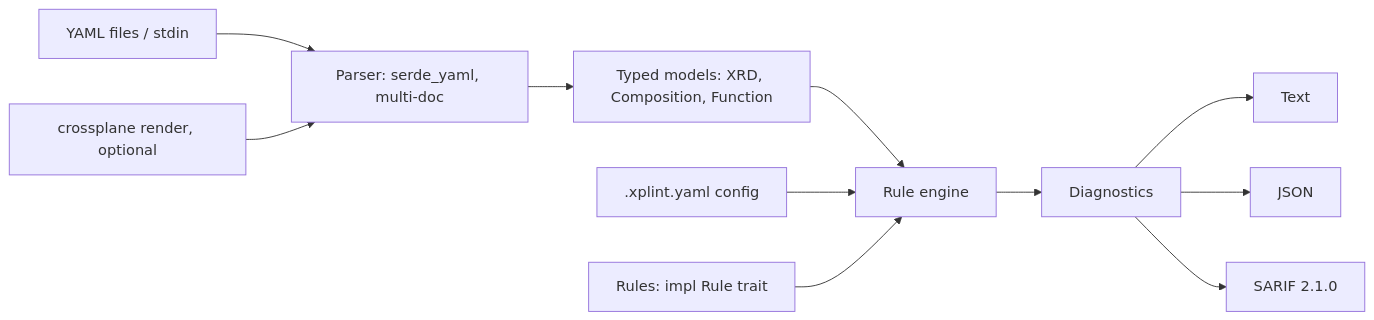
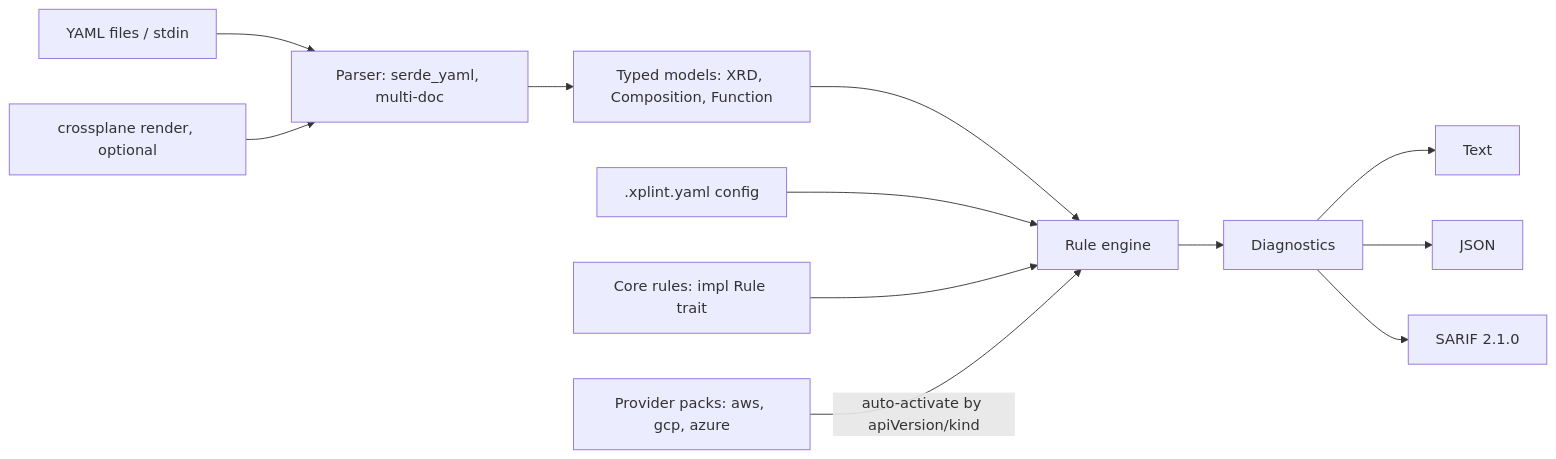
The diagram in docs/PLAN.md (miqui/xplint), drawn with Mermaid before and after one commit. The commit also changed other lines of this file, not shown here.

Commit message:
docs: add rule packs, rename rules, fix xrd rule wording

````diff
--- a/docs/PLAN.md
+++ b/docs/PLAN.md
@@ -7,13 +7,14 @@
 ```mermaid
 flowchart LR
     F[YAML files / stdin] --> P[Parser: serde_yaml, multi-doc]
     P --> M[Typed models: XRD, Composition, Function]
     M --> E[Rule engine]
     C[.xplint.yaml config] --> E
-    R[Rules: impl Rule trait] --> E
+    R[Core rules: impl Rule trait] --> E
+    K[Provider packs: aws, gcp, azure] -->|auto-activate by apiVersion/kind| E
     E --> D[Diagnostics]
     D --> O1[Text]
     D --> O2[JSON]
     D --> O3[SARIF 2.1.0]
     X[crossplane render, optional] --> P
 ```
````
